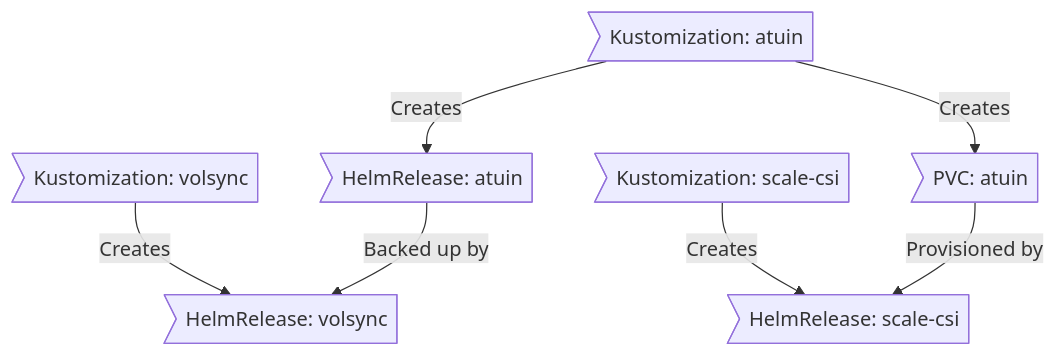
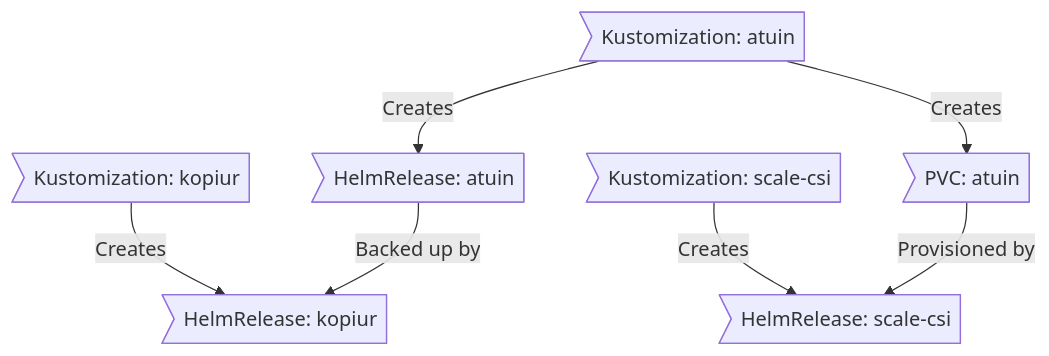
The diagram in README.md (GizmoTickler/home-ops), drawn with Mermaid before and after one commit. The commit also changed other lines of this file and 4 other files, not shown here.

````diff
--- a/README.md
+++ b/README.md
@@ -194,9 +196,9 @@
 ```mermaid
 graph TD
     A>Kustomization: scale-csi] -->|Creates| B[HelmRelease: scale-csi]
-    C>Kustomization: volsync] -->|Creates| D[HelmRelease: volsync]
+    C>Kustomization: kopiur] -->|Creates| D[HelmRelease: kopiur]
     E>Kustomization: atuin] -->|Creates| F(HelmRelease: atuin)
     E>Kustomization: atuin] -->|Creates| G(PVC: atuin on scale-nvmeof)
     G>PVC: atuin] -->|Provisioned by| B>HelmRelease: scale-csi]
-    F>HelmRelease: atuin] -->|Backed up by| D>HelmRelease: volsync]
+    F>HelmRelease: atuin] -->|Backed up by| D>HelmRelease: kopiur]
 ```
````
